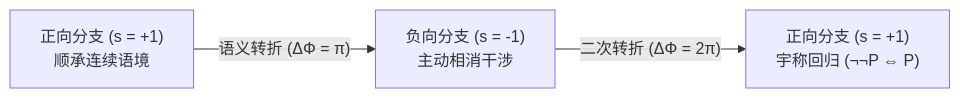
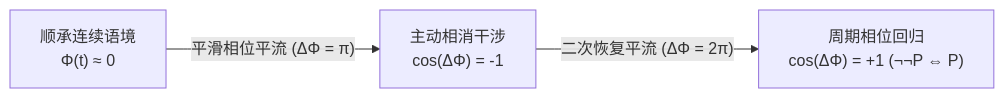
Before and after one commit to 3y3y3y-huaiji/mobius-attention: the second of 3 diagrams in README_zh.md, drawn with Mermaid. The commit also changed other lines of this file and 26 other files, not shown here.

First line of the commit message:
refactor: de-bloat and transition to continuous semantic torsion flow

````diff
--- a/README_zh.md
+++ b/README_zh.md
@@ -98,5 +98,5 @@
 ```mermaid
 flowchart LR
-    P1["正向分支 (s = +1)<br>顺承连续语境"] -->|"语义转折 (ΔΦ = π)"| N["负向分支 (s = -1)<br>主动相消干涉"]
-    N -->|"二次转折 (ΔΦ = 2π)"| P2["正向分支 (s = +1)<br>宇称回归 (¬¬P ⇔ P)"]
+    P1["顺承连续语境<br>Φ(t) ≈ 0"] -->|"平滑相位平流 (ΔΦ = π)"| N["主动相消干涉<br>cos(ΔΦ) = -1"]
+    N -->|"二次恢复平流 (ΔΦ = 2π)"| P2["周期相位回归<br>cos(ΔΦ) = +1 (¬¬P ⇔ P)"]
 ```
````
